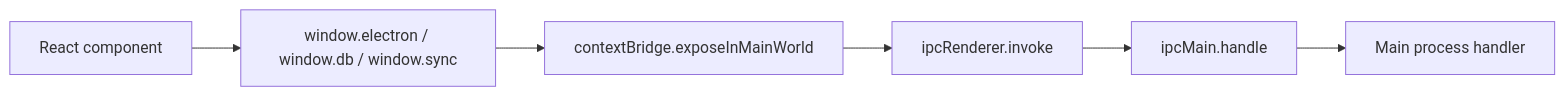
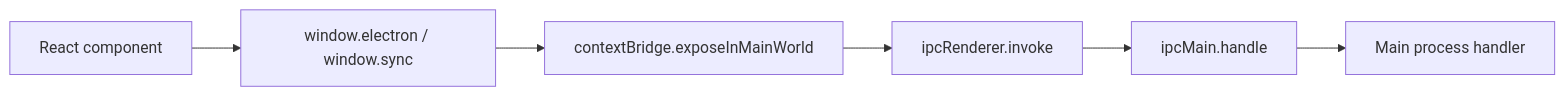
The third of 4 diagrams in docs/DESKTOP_RUNTIME_GUIDE.md (johnny4young/puntovivo), drawn with Mermaid before and after one commit. The commit also changed other lines of this file and 8 other files, not shown here.

````diff
--- a/docs/DESKTOP_RUNTIME_GUIDE.md
+++ b/docs/DESKTOP_RUNTIME_GUIDE.md
@@ -275,15 +275,15 @@
 ```mermaid
 flowchart LR
     UI[React component]
-    Bridge[window.electron / window.db / window.sync]
+    Bridge[window.electron / window.sync]
     Preload[contextBridge.exposeInMainWorld]
     Invoke[ipcRenderer.invoke]
     Handle[ipcMain.handle]
     Main[Main process handler]
 
     UI --> Bridge
     Bridge --> Preload
     Preload --> Invoke
     Invoke --> Handle
     Handle --> Main
 ```
````
